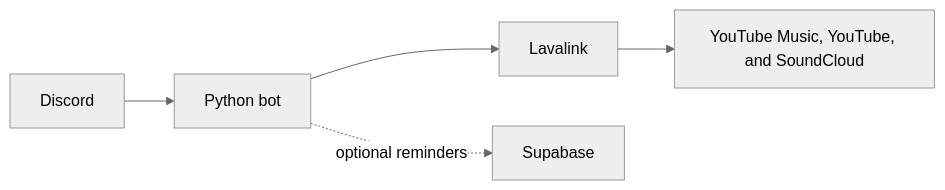
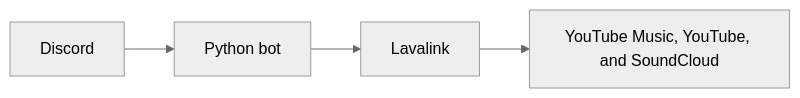
Before and after one commit to Irenko85/ssj-bot: the diagram in README.md, drawn with Mermaid (neutral theme). The commit also changed other lines of this file and 9 other files, not shown here.

````diff
--- a/README.md
+++ b/README.md
@@ -22,7 +19,6 @@
 ```mermaid
 flowchart LR
     Discord["Discord"] --> Bot["Python bot"]
     Bot --> Lavalink["Lavalink"]
     Lavalink --> Sources["YouTube Music, YouTube, and SoundCloud"]
-    Bot -. "optional reminders" .-> Supabase["Supabase"]
 ```
````
